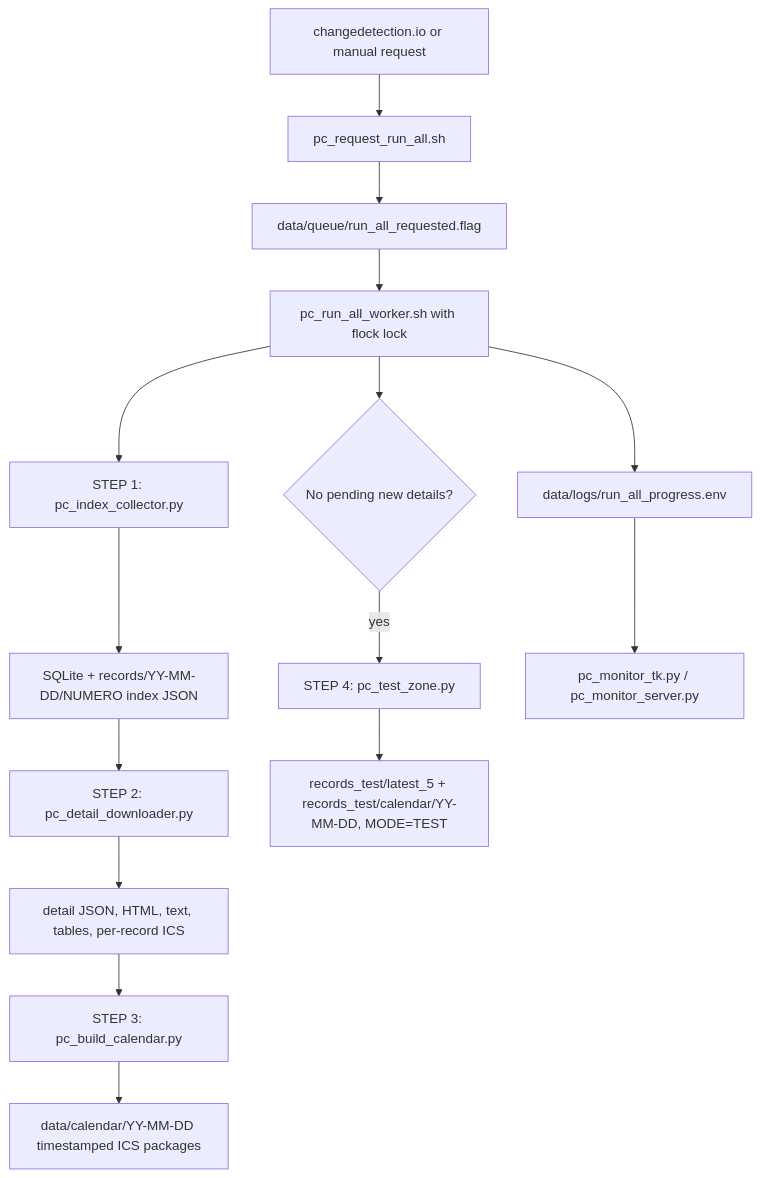
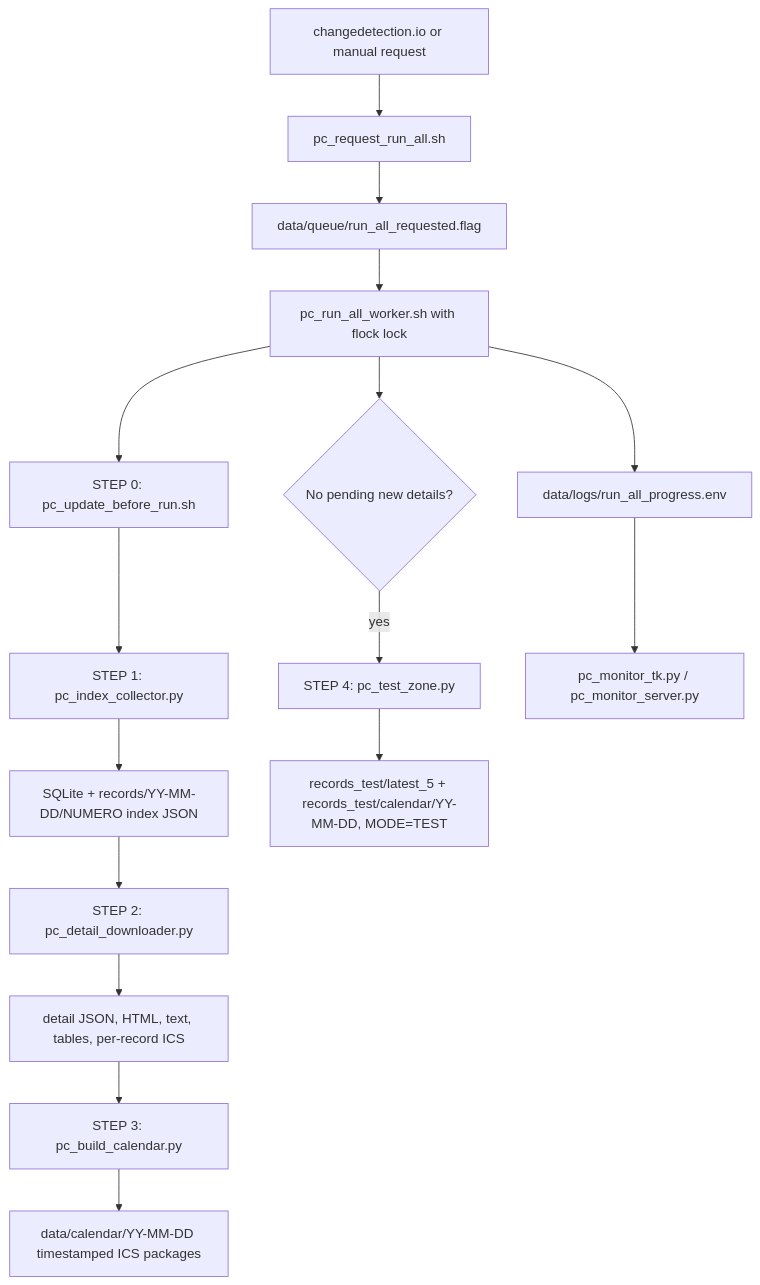
Before and after one commit to 413x-4rtur0/panamacompra-collector-backfill: the diagram in README.md, drawn with Mermaid. The commit also changed other lines of this file and 8 other files, not shown here.

````diff
--- a/README.md
+++ b/README.md
@@ -79,17 +80,18 @@
 ```mermaid
 flowchart TD
     A[changedetection.io or manual request] --> B[pc_request_run_all.sh]
     B --> C[data/queue/run_all_requested.flag]
     C --> D[pc_run_all_worker.sh with flock lock]
-    D --> E[STEP 1: pc_index_collector.py]
+    D --> U[STEP 0: pc_update_before_run.sh]
+    U --> E[STEP 1: pc_index_collector.py]
     E --> F[SQLite + records/YY-MM-DD/NUMERO index JSON]
     F --> G[STEP 2: pc_detail_downloader.py]
     G --> H[detail JSON, HTML, text, tables, per-record ICS]
     H --> I[STEP 3: pc_build_calendar.py]
     I --> J[data/calendar/YY-MM-DD timestamped ICS packages]
     D --> K{No pending new details?}
     K -- yes --> L[STEP 4: pc_test_zone.py]
     L --> M[records_test/latest_5 + records_test/calendar/YY-MM-DD, MODE=TEST]
     D --> N[data/logs/run_all_progress.env]
     N --> O[pc_monitor_tk.py / pc_monitor_server.py]
 ```
````
